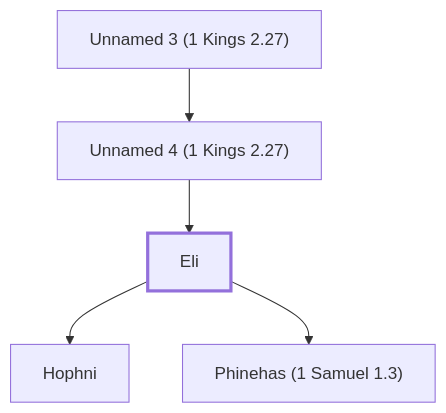
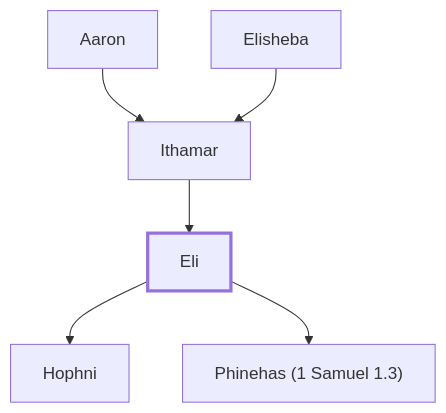
The diagram in connections/people/Eli.md (jeffdehut/Bible), drawn with Mermaid before and after one commit. The commit also changed other lines of this file and 50 other files, not shown here.

````diff
--- a/connections/people/Eli.md
+++ b/connections/people/Eli.md
@@ -40,14 +38,16 @@
 ```mermaid
 flowchart TB
   n0["Eli"]:::me
-  n1["Unnamed 3 (1 Kings 2.27)"]
-  n2["Unnamed 4 (1 Kings 2.27)"]
+  n1["Aaron"]
+  n2["Ithamar"]
   n1 --> n2
+  n3["Elisheba"]
+  n3 --> n2
   n2 --> n0
-  n3["Hophni"]
-  n0 --> n3
-  n4["Phinehas (1 Samuel 1.3)"]
+  n4["Hophni"]
   n0 --> n4
+  n5["Phinehas (1 Samuel 1.3)"]
+  n0 --> n5
   classDef me stroke-width:3px
   classDef spouse stroke-dasharray:4
 ```
````
